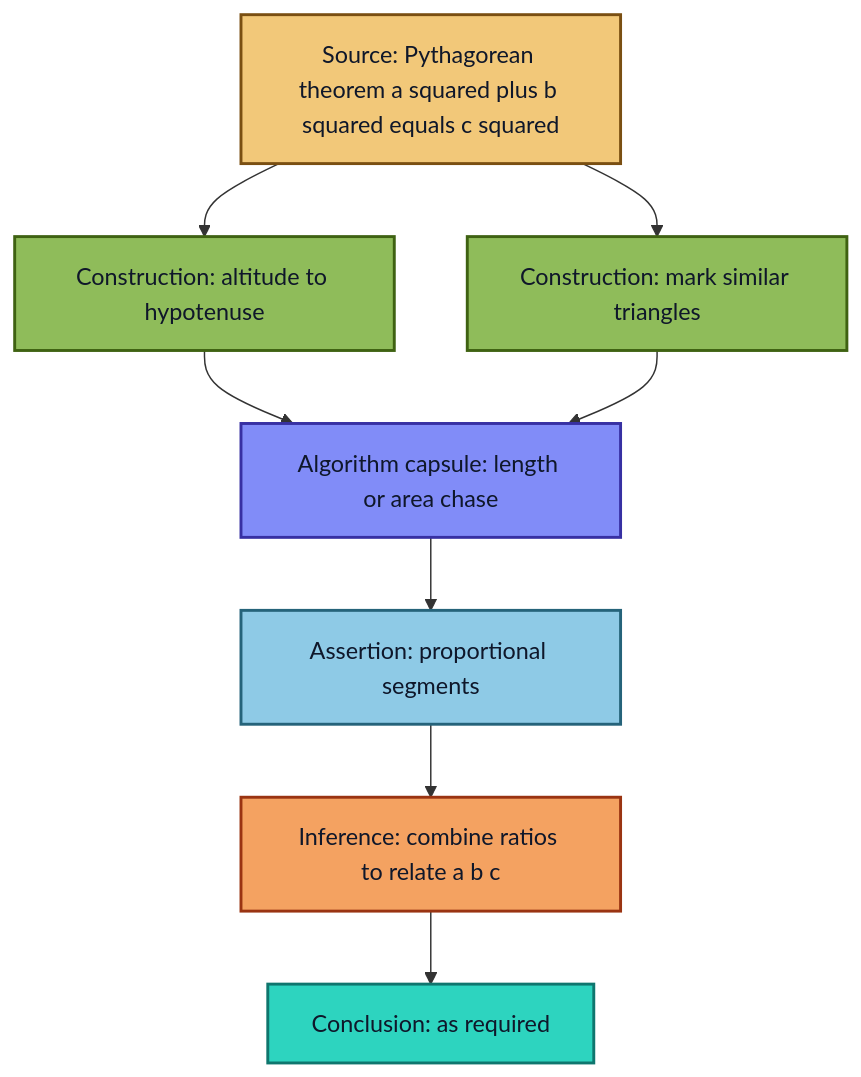
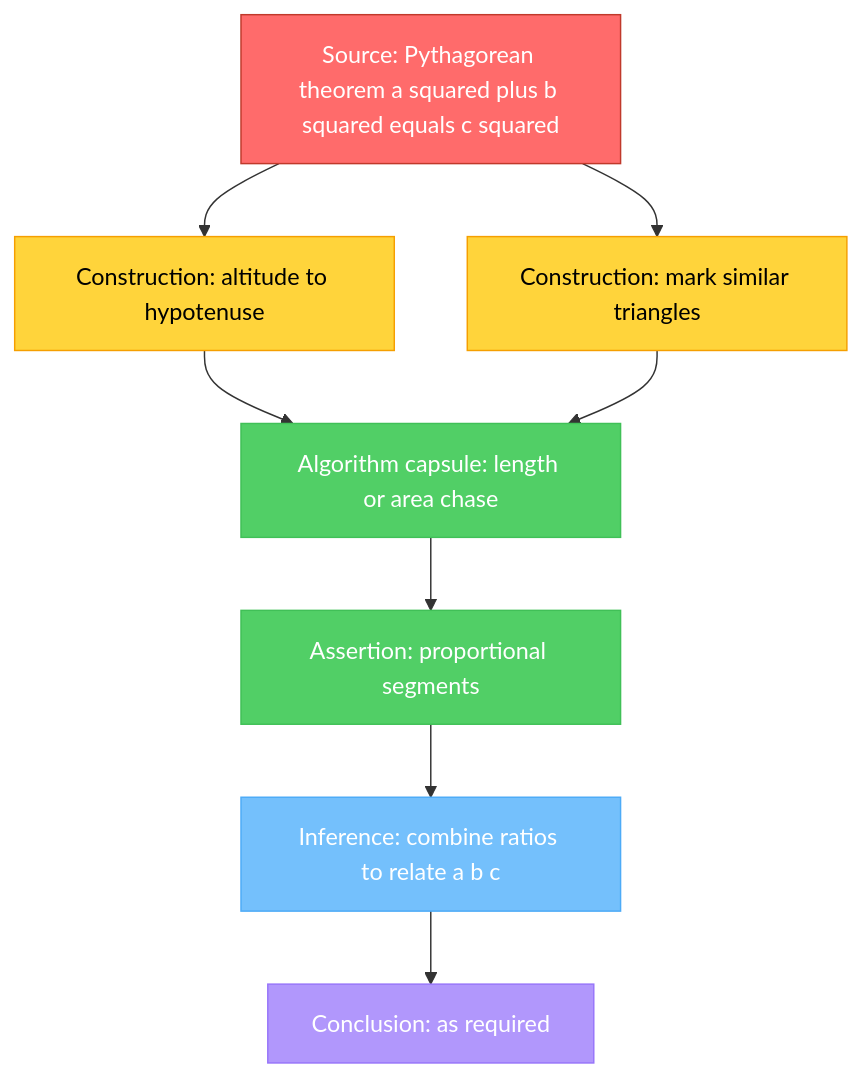
The sixth of 8 diagrams in collaborations/mathematics-database/algorithms-axiomatic-theories-proofs-revised.md (garywelz/progframe), drawn with Mermaid before and after one commit. The commit also changed other lines of this file and 10 other files, not shown here.

````diff
--- a/collaborations/mathematics-database/algorithms-axiomatic-theories-proofs-revised.md
+++ b/collaborations/mathematics-database/algorithms-axiomatic-theories-proofs-revised.md
@@ -377,25 +374,24 @@
 ```mermaid
 flowchart TD
   T["Source: Pythagorean theorem a squared plus b squared equals c squared"]
   C1["Construction: altitude to hypotenuse"]
   C2["Construction: mark similar triangles"]
   AC["Algorithm capsule: length or area chase"]
   AS["Assertion: proportional segments"]
   I["Inference: combine ratios to relate a b c"]
   CO["Conclusion: as required"]
   T --> C1 --> AC
   T --> C2 --> AC
   AC --> AS --> I --> CO
-  classDef proofSource fill:#f2c879,stroke:#7a4f12,color:#0f172a,stroke-width:2px
-  classDef proofConstruction fill:#8fbc5a,stroke:#3f6212,color:#0f172a,stroke-width:2px
-  classDef proofAlgorithm fill:#818cf8,stroke:#3730a3,color:#0f172a,stroke-width:2px
-  classDef proofAssertion fill:#8ecae6,stroke:#25637a,color:#0f172a,stroke-width:2px
-  classDef proofInference fill:#f4a261,stroke:#9a3412,color:#0f172a,stroke-width:2px
-  classDef proofConclusion fill:#2dd4bf,stroke:#0f766e,color:#0f172a,stroke-width:2px
-  class T proofSource
-  class C1,C2 proofConstruction
-  class AC proofAlgorithm
-  class AS proofAssertion
-  class I proofInference
-  class CO proofConclusion
+  classDef red fill:#ff6b6b,color:#fff,stroke:#c0392b
+  classDef yellow fill:#ffd43b,color:#000,stroke:#f59f00
+  classDef green fill:#51cf66,color:#fff,stroke:#40c057
+  classDef lightblue fill:#74c0fc,color:#fff,stroke:#4dabf7
+  classDef violet fill:#b197fc,color:#fff,stroke:#9775fa
+  class T red
+  class C1,C2 yellow
+  class AC green
+  class AS green
+  class I lightblue
+  class CO violet
 ```
````
